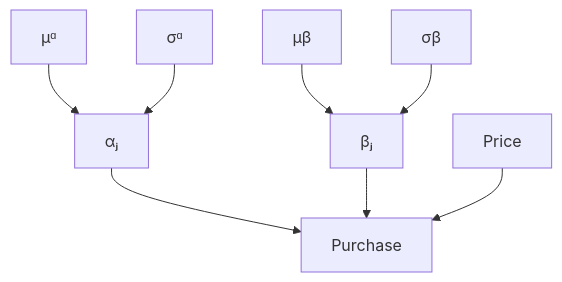
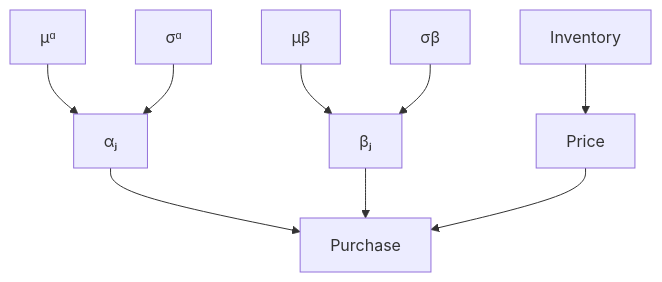
The second of 3 diagrams in sim_prices.qmd (rmhorton/sim_prices), drawn with Mermaid before and after one commit. The commit also changed other lines of this file and 45 other files, not shown here.

````diff
--- a/sim_prices.qmd
+++ b/sim_prices.qmd
@@ -143,27 +191,29 @@
 ```{mermaid}
 %%| echo: false
 
 flowchart TD
 
 mu_alpha["μᵅ"]
 sigma_alpha["σᵅ"]
 
 mu_beta["μβ"]
 sigma_beta["σβ"]
 
 alpha["αⱼ"]
 beta["βⱼ"]
 
 price["Price"]
+inventory["Inventory"]
 purchase["Purchase"]
 
 mu_alpha --> alpha
 sigma_alpha --> alpha
 
 mu_beta --> beta
 sigma_beta --> beta
 
 alpha --> purchase
 beta --> purchase
 price --> purchase
+inventory --> price
 ```
````
